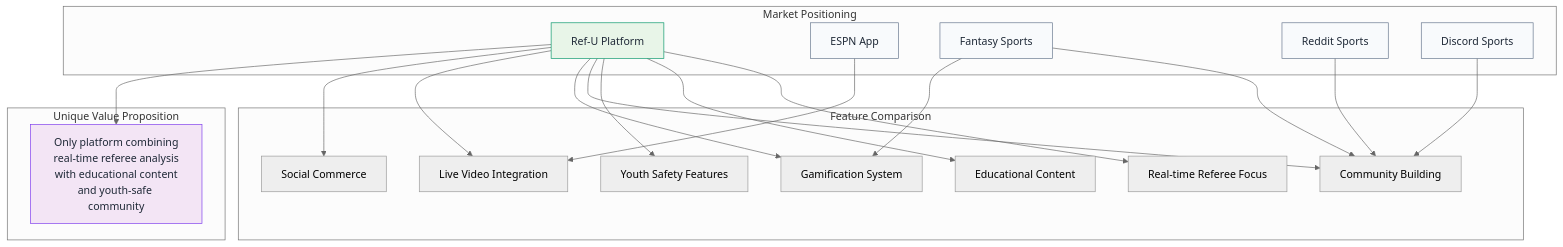
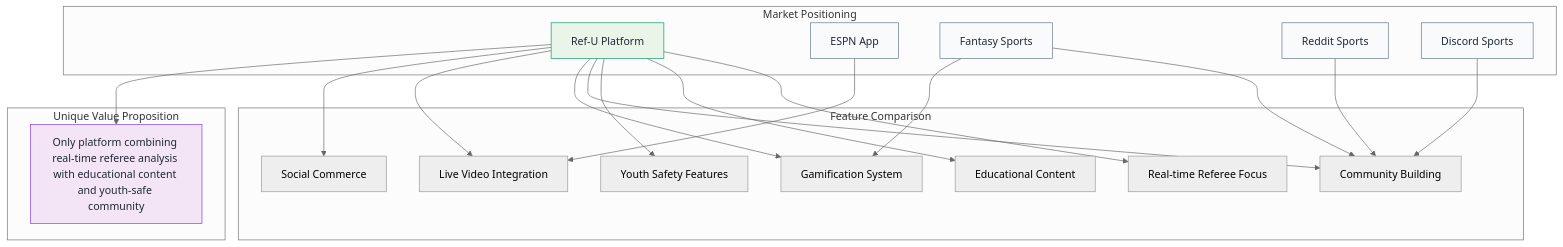
The seventh of 9 diagrams in docs/investor-flows.md (SkaFld-Ignite/ref-u-wireframes), drawn with Mermaid (neutral theme) before and after one commit. The commit also changed other lines of this file, not shown here.

Commit message:
Fix Mermaid parse error: Remove HTML tags and special characters causing parsing issues

````diff
--- a/docs/investor-flows.md
+++ b/docs/investor-flows.md
@@ -287,47 +287,47 @@
 ```mermaid
 graph TB
     subgraph "Market Positioning"
         A[Ref-U Platform]
         B[ESPN App]
         C[Fantasy Sports]
         D[Reddit Sports]
         E[Discord Sports]
     end
     
     subgraph "Feature Comparison"
         F1[Real-time Referee Focus]
         F2[Educational Content]
         F3[Youth Safety Features]
         F4[Community Building]
         F5[Gamification System]
         F6[Live Video Integration]
         F7[Social Commerce]
     end
     
     A --> F1
     A --> F2
     A --> F3
     A --> F4
     A --> F5
     A --> F6
     A --> F7
     
     B --> F6
     C --> F4
     C --> F5
     D --> F4
     E --> F4
     
     subgraph "Unique Value Proposition"
-        G[Only platform combining<br/>real-time referee analysis<br/>with educational content<br/>and youth-safe community]
+        G[Only platform combining real-time referee analysis with educational content and youth-safe community]
     end
     
     A --> G
     
     style A fill:#e8f5e8,stroke:#059669,color:#1f2937
     style B fill:#f8fafc,stroke:#64748b,color:#1f2937
     style C fill:#f8fafc,stroke:#64748b,color:#1f2937
     style D fill:#f8fafc,stroke:#64748b,color:#1f2937
     style E fill:#f8fafc,stroke:#64748b,color:#1f2937
     style G fill:#f3e5f5,stroke:#7c3aed,color:#1f2937
 ```
````
